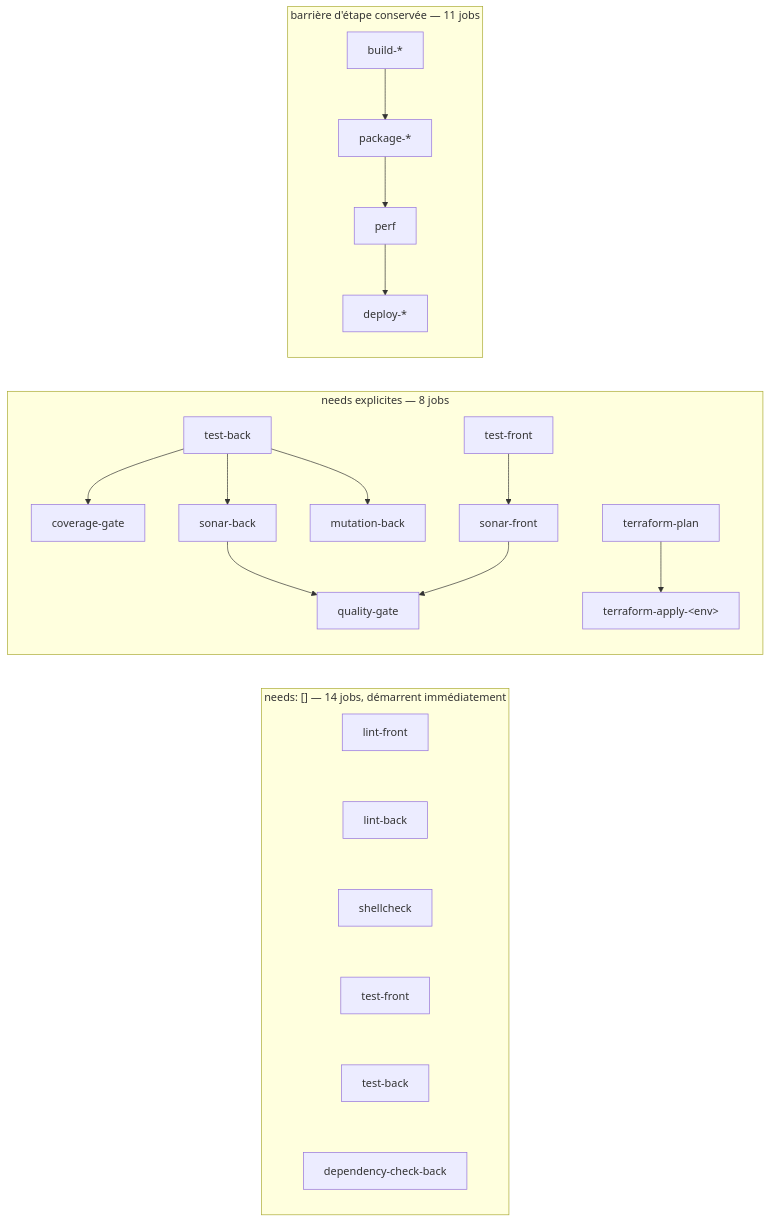
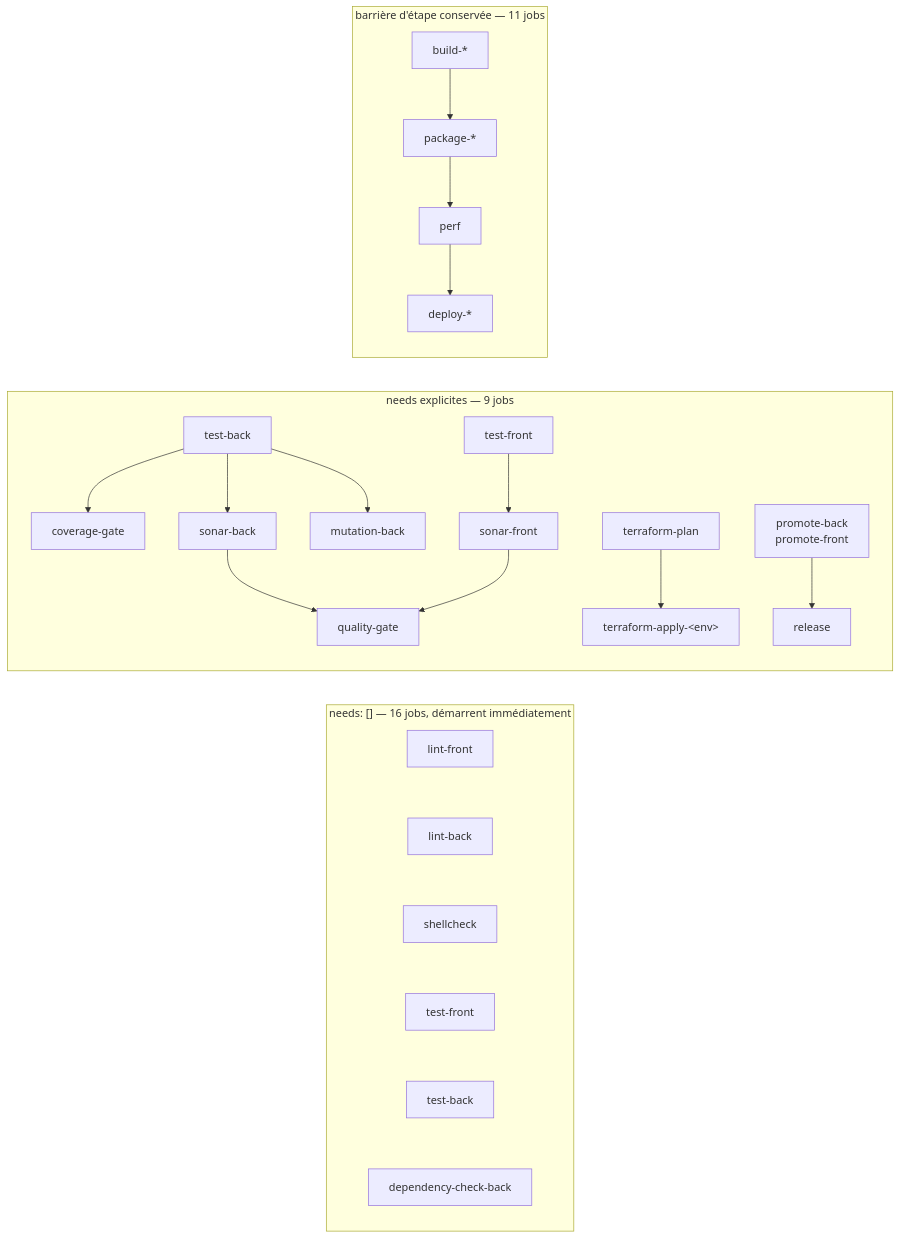
The diagram in docs/schemas/ci-interdependances.mmd (TedPasquiet/G-rez-le-cycle-de-vie-de-d-veloppement-logiciel), drawn with Mermaid before and after one commit. The commit also changed 33 other files, not shown here.

```diff
--- a/docs/schemas/ci-interdependances.mmd
+++ b/docs/schemas/ci-interdependances.mmd
@@ -1,20 +1,21 @@
 %% Schéma — Les interdépendances entre jobs.
 %% Source versionnée du bloc Mermaid de docs/pipeline-ci.md §3.
-%% 14 jobs démarrent immédiatement, 8 déclarent un besoin précis, et 11 gardent
+%% 16 jobs démarrent immédiatement, 9 déclarent un besoin précis, et 11 gardent
 %% volontairement la barrière d'étape : on ne package pas ce qui n'est pas vérifié.
 flowchart LR
-    subgraph A["needs: [] — 14 jobs, démarrent immédiatement"]
+    subgraph A["needs: [] — 16 jobs, démarrent immédiatement"]
         a1["lint-front"] ~~~ a2["lint-back"] ~~~ a3["shellcheck"] ~~~ a4["test-front"] ~~~ a5["test-back"] ~~~ a6["dependency-check-back"]
     end
-    subgraph B["needs explicites — 8 jobs"]
+    subgraph B["needs explicites — 9 jobs"]
         tb["test-back"] --> cg["coverage-gate"]
         tb --> sb["sonar-back"]
         tb --> mb["mutation-back"]
         tf["test-front"] --> sf["sonar-front"]
         sb --> qg["quality-gate"]
         sf --> qg
         tpl["terraform-plan"] --> tap["terraform-apply-&lt;env&gt;"]
+        pro["promote-back<br/>promote-front"] --> rel["release"]
     end
     subgraph C["barrière d'étape conservée — 11 jobs"]
         bu["build-*"] --> pk["package-*"] --> pf["perf"] --> dp["deploy-*"]
     end
```
